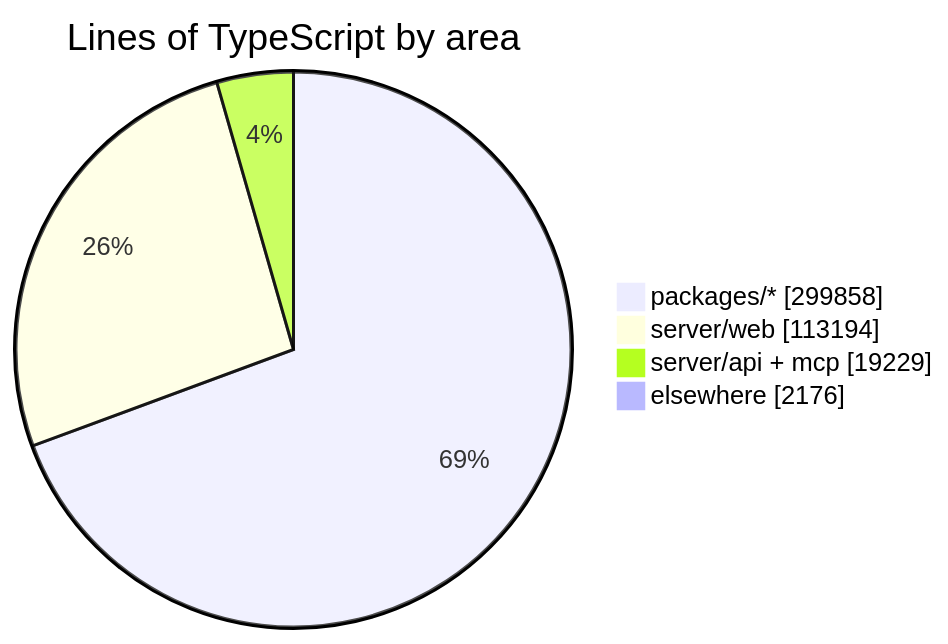
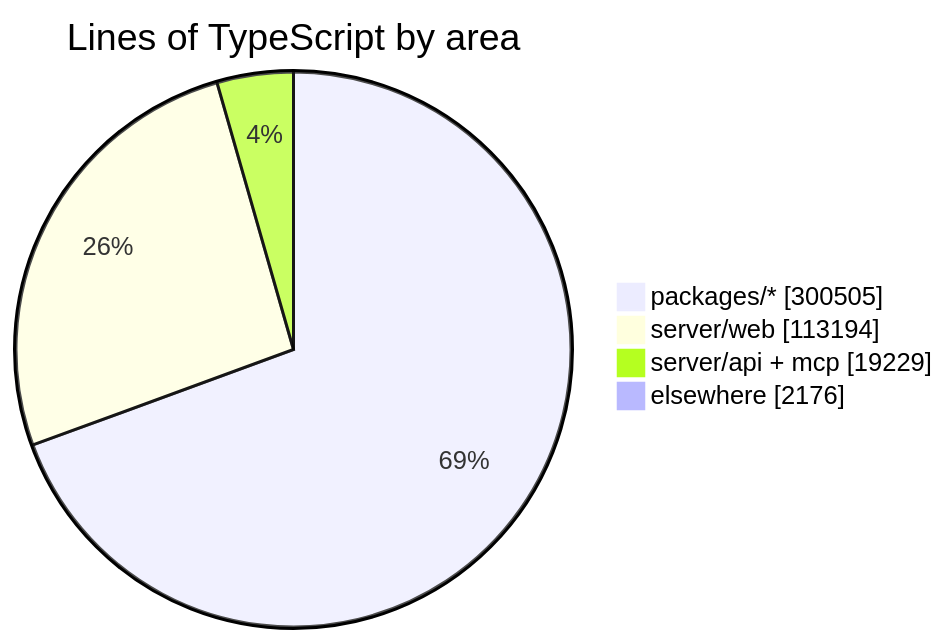
Before and after one commit to crossworks-engineering/mantle: the diagram in README.md, drawn with Mermaid. The commit also changed other lines of this file and 2 other files, not shown here.

````diff
--- a/README.md
+++ b/README.md
@@ -294,7 +294,7 @@
 ```mermaid
 pie showData title Lines of TypeScript by area
-    "packages/*" : 299858
+    "packages/*" : 300505
     "server/web" : 113194
     "server/api + mcp" : 19229
     "elsewhere" : 2176
 ```
````
